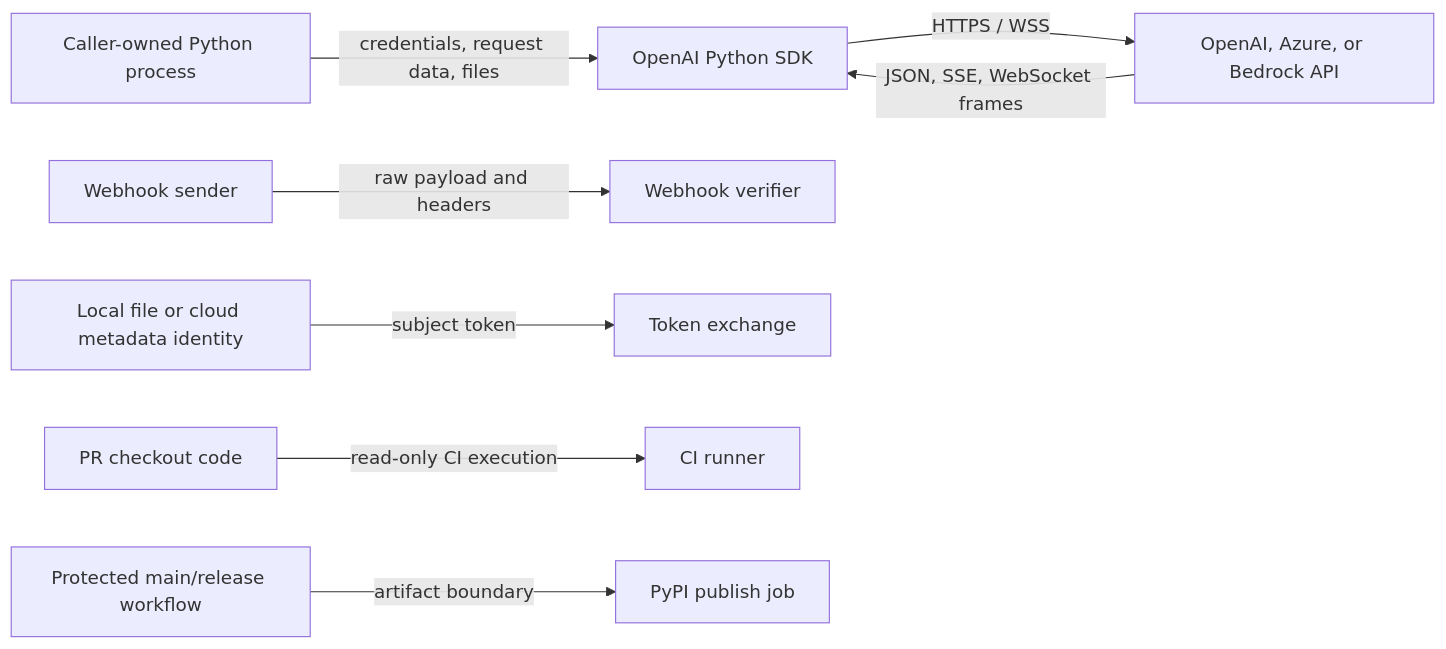
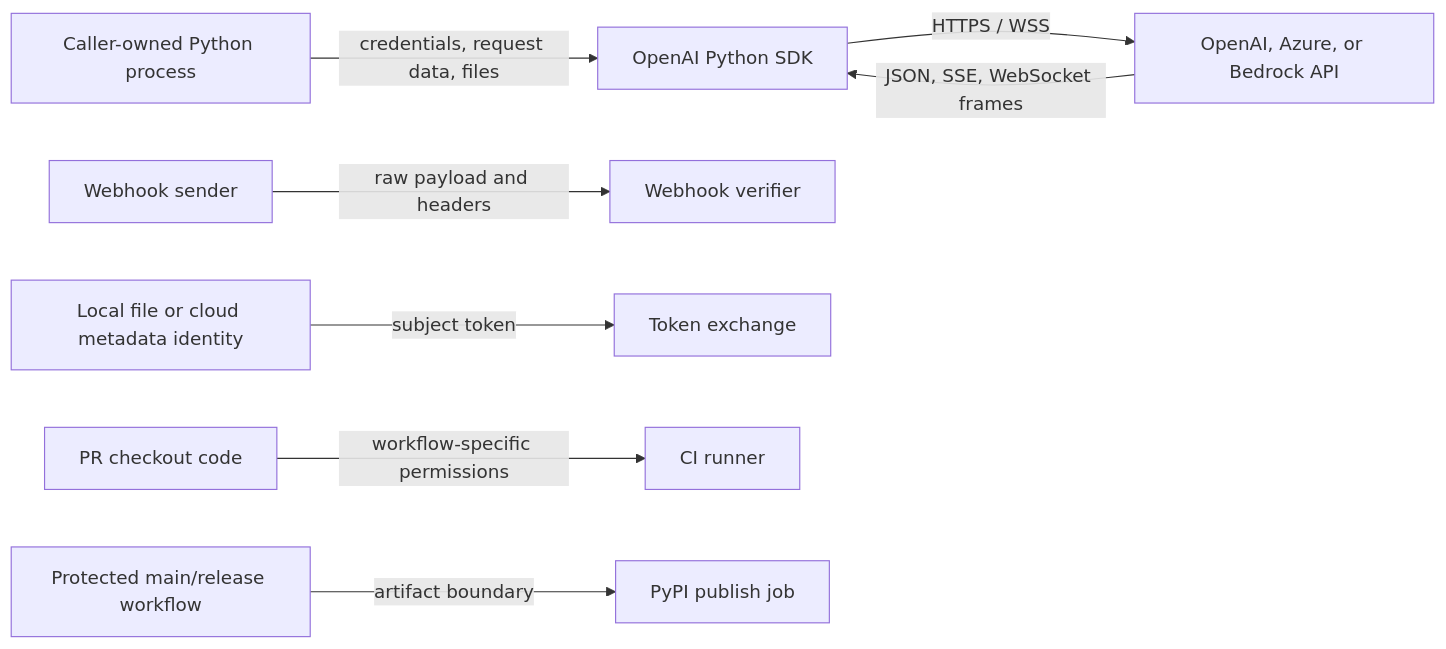
One commit to openai/openai-python changed the diagram in docs/architecture/security-model.md. Above: the diagram before and after it, drawn with Mermaid. The commit also changed other lines of this file, not shown here.

````diff
--- a/docs/architecture/security-model.md
+++ b/docs/architecture/security-model.md
@@ -36,10 +36,10 @@
 ```mermaid
 flowchart LR
   app[Caller-owned Python process] -->|credentials, request data, files| sdk[OpenAI Python SDK]
   sdk -->|HTTPS / WSS| api[OpenAI, Azure, or Bedrock API]
   api -->|JSON, SSE, WebSocket frames| sdk
   webhook[Webhook sender] -->|raw payload and headers| verify[Webhook verifier]
   host[Local file or cloud metadata identity] -->|subject token| auth[Token exchange]
-  pr[PR checkout code] -->|read-only CI execution| ci[CI runner]
+  pr[PR checkout code] -->|workflow-specific permissions| ci[CI runner]
   main[Protected main/release workflow] -->|artifact boundary| publish[PyPI publish job]
 ```
````
